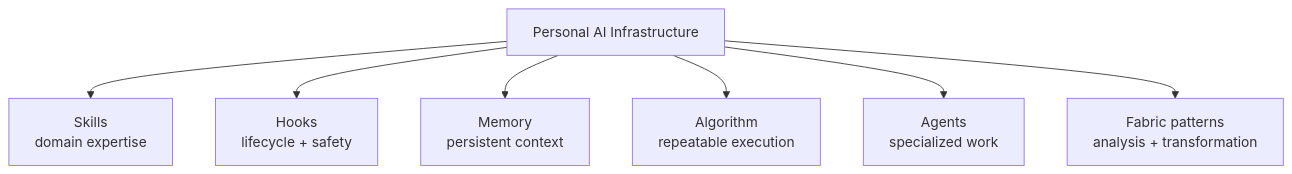
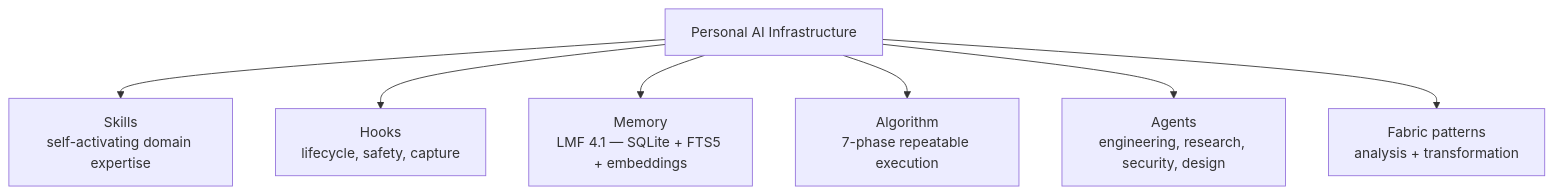
The first of 4 diagrams in README.md (nixfred/nixfred), drawn with Mermaid before and after one commit. The commit also changed other lines of this file and 4 other files, not shown here.

````diff
--- a/README.md
+++ b/README.md
@@ -17,9 +95,9 @@
 ```mermaid
 flowchart TB
-    PAI["Personal AI Infrastructure"] --> SKILLS["Skills<br/>domain expertise"]
-    PAI --> HOOKS["Hooks<br/>lifecycle + safety"]
-    PAI --> MEMORY["Memory<br/>persistent context"]
-    PAI --> ALGO["Algorithm<br/>repeatable execution"]
-    PAI --> AGENTS["Agents<br/>specialized work"]
+    PAI["Personal AI Infrastructure"] --> SKILLS["Skills<br/>self-activating domain expertise"]
+    PAI --> HOOKS["Hooks<br/>lifecycle, safety, capture"]
+    PAI --> MEMORY["Memory<br/>LMF 4.1 — SQLite + FTS5 + embeddings"]
+    PAI --> ALGO["Algorithm<br/>7-phase repeatable execution"]
+    PAI --> AGENTS["Agents<br/>engineering, research, security, design"]
     PAI --> PATTERNS["Fabric patterns<br/>analysis + transformation"]
 ```
````
